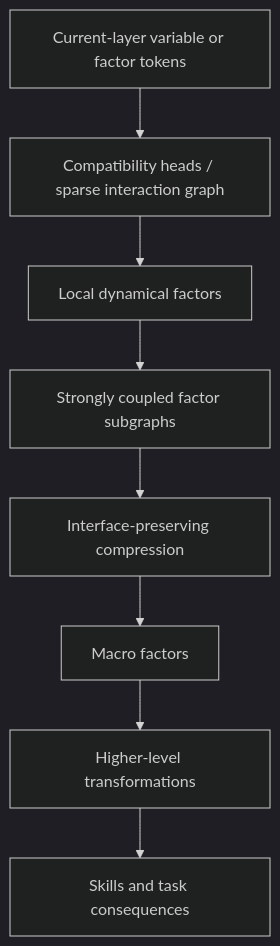
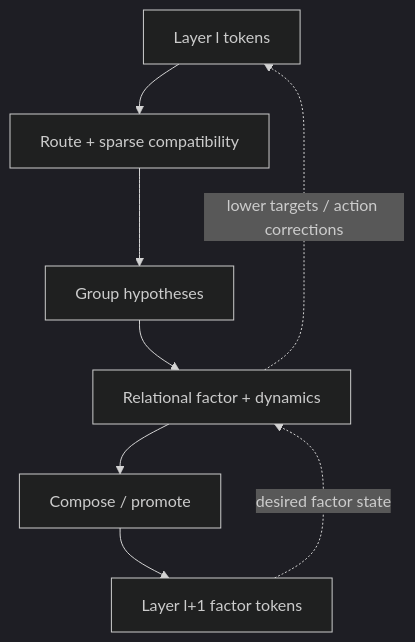
The sixth of 8 diagrams in _posts/2026-08-22-predictive-control-factor-hierarchy.md (spencerbug/spencerbug.github.io), drawn with Mermaid (dark theme) before and after one commit. The commit also changed other lines of this file, not shown here.

Commit message:
Clarify PCFH factor semantics, repetition, and scaling

````diff
--- a/_posts/2026-08-22-predictive-control-factor-hierarchy.md
+++ b/_posts/2026-08-22-predictive-control-factor-hierarchy.md
@@ -525,19 +779,13 @@
 ```mermaid
 flowchart TD
-    A[Current-layer variable or factor tokens]
-    B[Compatibility heads / sparse interaction graph]
-    C[Local dynamical factors]
-    D[Strongly coupled factor subgraphs]
-    E[Interface-preserving compression]
-    F[Macro factors]
-    G[Higher-level transformations]
-    H[Skills and task consequences]
+    Z0[Layer l tokens]
+    R[Route + sparse compatibility]
+    G[Group hypotheses]
+    F[Relational factor + dynamics]
+    C[Compose / promote]
+    Z1[Layer l+1 factor tokens]
 
-    A --> B
-    B --> C
-    C --> D
-    D --> E
-    E --> F
-    F --> G
-    G --> H
+    Z0 --> R --> G --> F --> C --> Z1
+    Z1 -. desired factor state .-> F
+    F -. lower targets / action corrections .-> Z0
 ```
````
